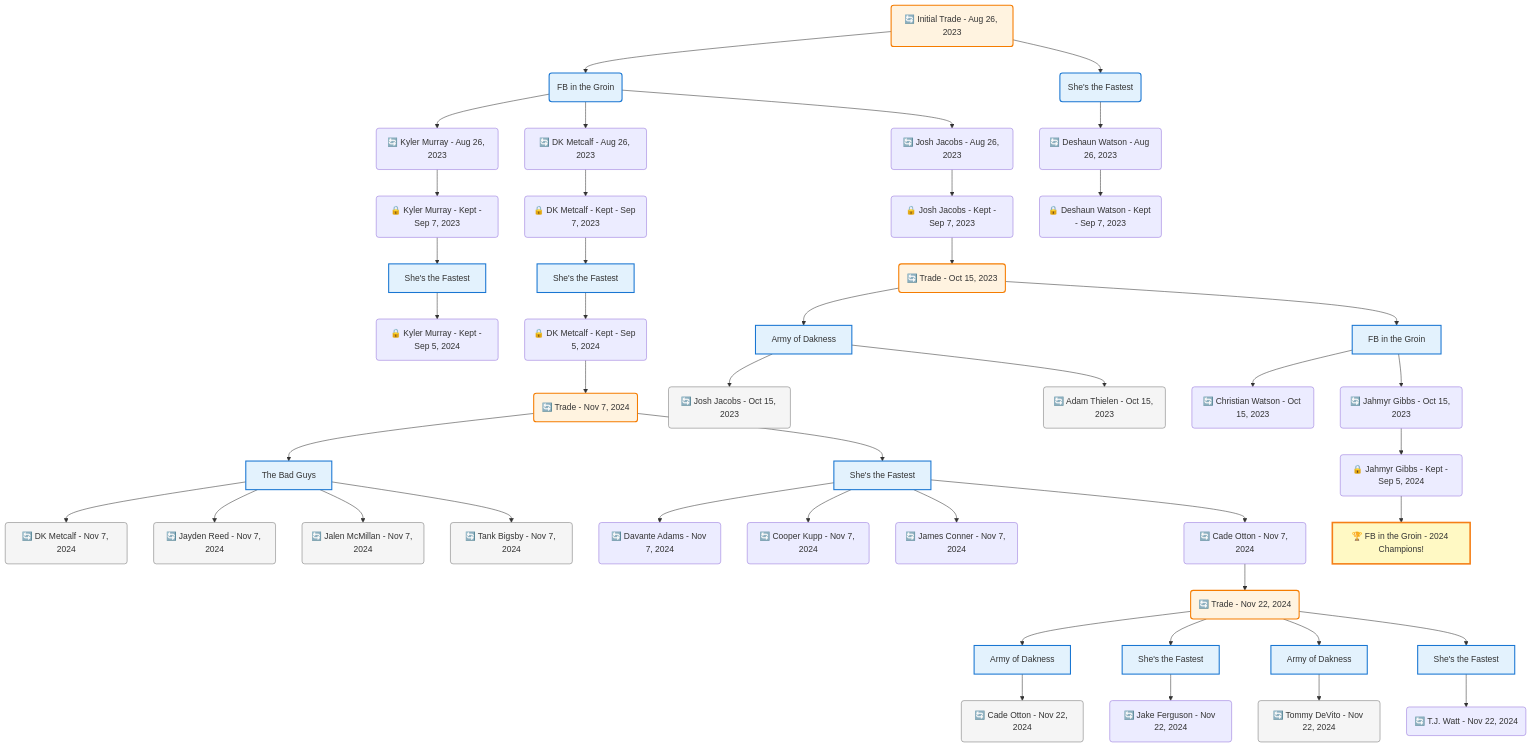
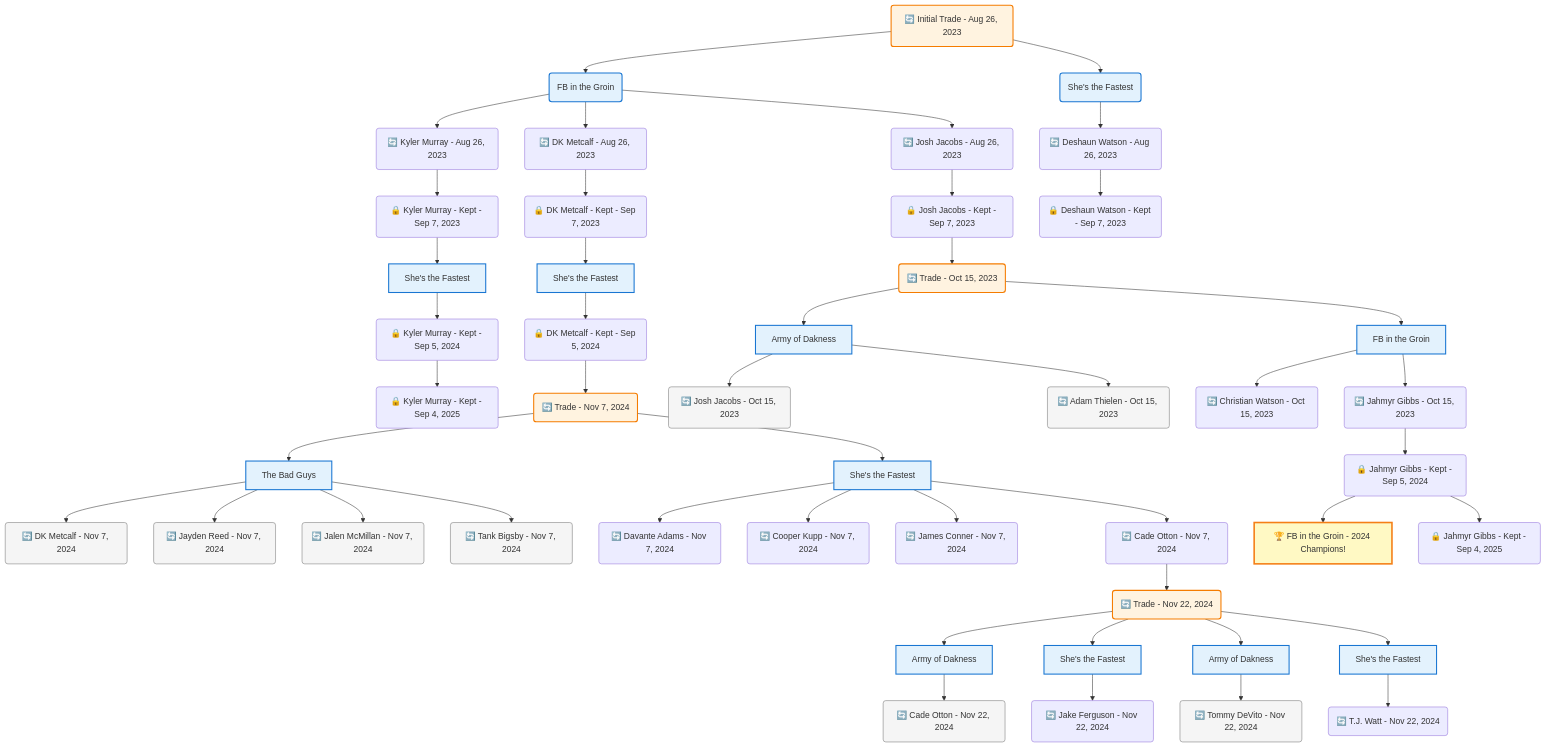
One commit to bsnooks/FantasyArchive changed the diagram in frontend/public/data/trade-trees/mermaid/10f0728c-547e-4a2c-b5c6-cc9deec01d7a.mmd. Above: the diagram before and after it, drawn with Mermaid. The commit also changed 76 other files, not shown here.

```diff
--- a/frontend/public/data/trade-trees/mermaid/10f0728c-547e-4a2c-b5c6-cc9deec01d7a.mmd
+++ b/frontend/public/data/trade-trees/mermaid/10f0728c-547e-4a2c-b5c6-cc9deec01d7a.mmd
@@ -1,104 +1,108 @@
 flowchart TD
 
     TRADE_MAIN("🔄 Initial Trade - Aug 26, 2023")
     TEAM_1("FB in the Groin")
     TEAM_2("She's the Fastest")
     NODE_6e064389-09b8-458e-b46b-337eb7318f14("🔄 Kyler Murray - Aug 26, 2023")
     NODE_13a8e0bc-c6a6-44a8-a7b4-6f81b4878d51("🔒 Kyler Murray - Kept - Sep 7, 2023")
     TEAM_4449259f-64af-44fd-9235-1facc0926234_3["She's the Fastest"]
     NODE_ee9cf354-46a6-4bc2-aa24-ca6eea28e074("🔒 Kyler Murray - Kept - Sep 5, 2024")
+    NODE_b7514040-0e0d-40e5-be1d-f766bf8b124d("🔒 Kyler Murray - Kept - Sep 4, 2025")
     NODE_5fe28168-367e-40ca-a437-33b34cb5a0fb("🔄 Deshaun Watson - Aug 26, 2023")
     NODE_6ab3b14e-3257-4dc5-afa8-9e794b051e4a("🔒 Deshaun Watson - Kept - Sep 7, 2023")
     NODE_ee435169-0602-428f-a779-b37ff53dc088("🔄 DK Metcalf - Aug 26, 2023")
     NODE_5cd35c6d-c0ef-42be-988b-691dc6257305("🔒 DK Metcalf - Kept - Sep 7, 2023")
     TEAM_4449259f-64af-44fd-9235-1facc0926234_4["She's the Fastest"]
     NODE_2d9fad25-9484-41d5-8a78-4635a7f34bc1("🔒 DK Metcalf - Kept - Sep 5, 2024")
     TRADE_f0b59f44-b3c9-4da4-a932-35e737b726f8_5("🔄 Trade - Nov 7, 2024")
     TEAM_b2220d1a-ff75-4622-9757-09978901110f_6["The Bad Guys"]
     NODE_7486b713-436b-4ebb-977f-a5eee3be411f("🔄 DK Metcalf - Nov 7, 2024")
     NODE_3b42a806-e1a5-4804-9033-748803fe5c38("🔄 Jayden Reed - Nov 7, 2024")
     NODE_32b27ada-9ca3-4df8-aa54-cdedae0327d7("🔄 Jalen McMillan - Nov 7, 2024")
     NODE_639ff1b9-3f43-48f5-b518-e62da10b0078("🔄 Tank Bigsby - Nov 7, 2024")
     TEAM_4449259f-64af-44fd-9235-1facc0926234_7["She's the Fastest"]
     NODE_01a06424-c7b2-40d0-a9a6-0bf4476c878d("🔄 Davante Adams - Nov 7, 2024")
     NODE_61b63a42-68ef-4dd1-b255-24d63f7d3db2("🔄 Cooper Kupp - Nov 7, 2024")
     NODE_667ad38f-c2bd-4f79-8981-c251035800f2("🔄 James Conner - Nov 7, 2024")
     NODE_e9079c1a-2a24-4736-b966-f1f288f3723f("🔄 Cade Otton - Nov 7, 2024")
     TRADE_c5f7ffe4-03f4-4934-a180-962c6df2332d_8("🔄 Trade - Nov 22, 2024")
     TEAM_40f7599b-e68f-4bf4-9553-bf7e10924635_9["Army of Dakness"]
     NODE_9cb7f2ea-2dbb-4c0d-8722-31b51e3a2885("🔄 Cade Otton - Nov 22, 2024")
     TEAM_4449259f-64af-44fd-9235-1facc0926234_10["She's the Fastest"]
     NODE_586497a1-618d-4b4e-bde1-24c5150caf78("🔄 Jake Ferguson - Nov 22, 2024")
     TEAM_40f7599b-e68f-4bf4-9553-bf7e10924635_11["Army of Dakness"]
     NODE_bff925fd-413c-4e1b-bd5f-9d54cb007e7c("🔄 Tommy DeVito - Nov 22, 2024")
     TEAM_4449259f-64af-44fd-9235-1facc0926234_12["She's the Fastest"]
     NODE_282e4726-e801-47e6-9874-df90f99fe84c("🔄 T.J. Watt - Nov 22, 2024")
     NODE_1ae3fee8-1da4-42d7-aa35-de49ef042a40("🔄 Josh Jacobs - Aug 26, 2023")
     NODE_c0c599be-6bc8-488c-b2f8-54f8f87b3166("🔒 Josh Jacobs - Kept - Sep 7, 2023")
     TRADE_7ebfd2d8-b68f-4cd2-983c-4eb32d3c591e_13("🔄 Trade - Oct 15, 2023")
     TEAM_40f7599b-e68f-4bf4-9553-bf7e10924635_14["Army of Dakness"]
     NODE_ddfc4e31-e4aa-4050-b1ab-8eea224877ef("🔄 Josh Jacobs - Oct 15, 2023")
     NODE_ec10909e-c348-4aa2-a6d0-184cbd992fb1("🔄 Adam Thielen - Oct 15, 2023")
     TEAM_f483ecf1-cd17-4991-854b-e52dfc957b45_15["FB in the Groin"]
     NODE_c97d5ea7-3f41-4d0c-9ef5-f03daa0b31d3("🔄 Christian Watson - Oct 15, 2023")
     NODE_d00bc519-c621-45b4-a6d5-fc400992378f("🔄 Jahmyr Gibbs - Oct 15, 2023")
     NODE_1ca29f3e-255d-4d72-a377-25823a0c7414("🔒 Jahmyr Gibbs - Kept - Sep 5, 2024")
     CHAMP_f483ecf1-cd17-4991-854b-e52dfc957b45_2024["🏆 FB in the Groin - 2024 Champions!"]
+    NODE_2f581be0-38bd-4ddf-a28a-6be759cc944e("🔒 Jahmyr Gibbs - Kept - Sep 4, 2025")
 
     TRADE_MAIN --> TEAM_1
     TRADE_MAIN --> TEAM_2
     TEAM_1 --> NODE_6e064389-09b8-458e-b46b-337eb7318f14
     NODE_6e064389-09b8-458e-b46b-337eb7318f14 --> NODE_13a8e0bc-c6a6-44a8-a7b4-6f81b4878d51
     NODE_13a8e0bc-c6a6-44a8-a7b4-6f81b4878d51 --> TEAM_4449259f-64af-44fd-9235-1facc0926234_3
     TEAM_4449259f-64af-44fd-9235-1facc0926234_3 --> NODE_ee9cf354-46a6-4bc2-aa24-ca6eea28e074
+    NODE_ee9cf354-46a6-4bc2-aa24-ca6eea28e074 --> NODE_b7514040-0e0d-40e5-be1d-f766bf8b124d
     TEAM_2 --> NODE_5fe28168-367e-40ca-a437-33b34cb5a0fb
     NODE_5fe28168-367e-40ca-a437-33b34cb5a0fb --> NODE_6ab3b14e-3257-4dc5-afa8-9e794b051e4a
     TEAM_1 --> NODE_ee435169-0602-428f-a779-b37ff53dc088
     NODE_ee435169-0602-428f-a779-b37ff53dc088 --> NODE_5cd35c6d-c0ef-42be-988b-691dc6257305
     NODE_5cd35c6d-c0ef-42be-988b-691dc6257305 --> TEAM_4449259f-64af-44fd-9235-1facc0926234_4
     TEAM_4449259f-64af-44fd-9235-1facc0926234_4 --> NODE_2d9fad25-9484-41d5-8a78-4635a7f34bc1
     NODE_2d9fad25-9484-41d5-8a78-4635a7f34bc1 --> TRADE_f0b59f44-b3c9-4da4-a932-35e737b726f8_5
     TRADE_f0b59f44-b3c9-4da4-a932-35e737b726f8_5 --> TEAM_b2220d1a-ff75-4622-9757-09978901110f_6
     TEAM_b2220d1a-ff75-4622-9757-09978901110f_6 --> NODE_7486b713-436b-4ebb-977f-a5eee3be411f
     TEAM_b2220d1a-ff75-4622-9757-09978901110f_6 --> NODE_3b42a806-e1a5-4804-9033-748803fe5c38
     TEAM_b2220d1a-ff75-4622-9757-09978901110f_6 --> NODE_32b27ada-9ca3-4df8-aa54-cdedae0327d7
     TEAM_b2220d1a-ff75-4622-9757-09978901110f_6 --> NODE_639ff1b9-3f43-48f5-b518-e62da10b0078
     TRADE_f0b59f44-b3c9-4da4-a932-35e737b726f8_5 --> TEAM_4449259f-64af-44fd-9235-1facc0926234_7
     TEAM_4449259f-64af-44fd-9235-1facc0926234_7 --> NODE_01a06424-c7b2-40d0-a9a6-0bf4476c878d
     TEAM_4449259f-64af-44fd-9235-1facc0926234_7 --> NODE_61b63a42-68ef-4dd1-b255-24d63f7d3db2
     TEAM_4449259f-64af-44fd-9235-1facc0926234_7 --> NODE_667ad38f-c2bd-4f79-8981-c251035800f2
     TEAM_4449259f-64af-44fd-9235-1facc0926234_7 --> NODE_e9079c1a-2a24-4736-b966-f1f288f3723f
     NODE_e9079c1a-2a24-4736-b966-f1f288f3723f --> TRADE_c5f7ffe4-03f4-4934-a180-962c6df2332d_8
     TRADE_c5f7ffe4-03f4-4934-a180-962c6df2332d_8 --> TEAM_40f7599b-e68f-4bf4-9553-bf7e10924635_9
     TEAM_40f7599b-e68f-4bf4-9553-bf7e10924635_9 --> NODE_9cb7f2ea-2dbb-4c0d-8722-31b51e3a2885
     TRADE_c5f7ffe4-03f4-4934-a180-962c6df2332d_8 --> TEAM_4449259f-64af-44fd-9235-1facc0926234_10
     TEAM_4449259f-64af-44fd-9235-1facc0926234_10 --> NODE_586497a1-618d-4b4e-bde1-24c5150caf78
     TRADE_c5f7ffe4-03f4-4934-a180-962c6df2332d_8 --> TEAM_40f7599b-e68f-4bf4-9553-bf7e10924635_11
     TEAM_40f7599b-e68f-4bf4-9553-bf7e10924635_11 --> NODE_bff925fd-413c-4e1b-bd5f-9d54cb007e7c
     TRADE_c5f7ffe4-03f4-4934-a180-962c6df2332d_8 --> TEAM_4449259f-64af-44fd-9235-1facc0926234_12
     TEAM_4449259f-64af-44fd-9235-1facc0926234_12 --> NODE_282e4726-e801-47e6-9874-df90f99fe84c
     TEAM_1 --> NODE_1ae3fee8-1da4-42d7-aa35-de49ef042a40
     NODE_1ae3fee8-1da4-42d7-aa35-de49ef042a40 --> NODE_c0c599be-6bc8-488c-b2f8-54f8f87b3166
     NODE_c0c599be-6bc8-488c-b2f8-54f8f87b3166 --> TRADE_7ebfd2d8-b68f-4cd2-983c-4eb32d3c591e_13
     TRADE_7ebfd2d8-b68f-4cd2-983c-4eb32d3c591e_13 --> TEAM_40f7599b-e68f-4bf4-9553-bf7e10924635_14
     TEAM_40f7599b-e68f-4bf4-9553-bf7e10924635_14 --> NODE_ddfc4e31-e4aa-4050-b1ab-8eea224877ef
     TEAM_40f7599b-e68f-4bf4-9553-bf7e10924635_14 --> NODE_ec10909e-c348-4aa2-a6d0-184cbd992fb1
     TRADE_7ebfd2d8-b68f-4cd2-983c-4eb32d3c591e_13 --> TEAM_f483ecf1-cd17-4991-854b-e52dfc957b45_15
     TEAM_f483ecf1-cd17-4991-854b-e52dfc957b45_15 --> NODE_c97d5ea7-3f41-4d0c-9ef5-f03daa0b31d3
     TEAM_f483ecf1-cd17-4991-854b-e52dfc957b45_15 --> NODE_d00bc519-c621-45b4-a6d5-fc400992378f
     NODE_d00bc519-c621-45b4-a6d5-fc400992378f --> NODE_1ca29f3e-255d-4d72-a377-25823a0c7414
     NODE_1ca29f3e-255d-4d72-a377-25823a0c7414 --> CHAMP_f483ecf1-cd17-4991-854b-e52dfc957b45_2024
+    NODE_1ca29f3e-255d-4d72-a377-25823a0c7414 --> NODE_2f581be0-38bd-4ddf-a28a-6be759cc944e
 
     %% Node styling
     classDef teamNode fill:#e3f2fd,stroke:#1976d2,stroke-width:2px
     classDef tradeNode fill:#fff3e0,stroke:#f57c00,stroke-width:2px
     classDef playerNode fill:#f3e5f5,stroke:#7b1fa2,stroke-width:1px
     classDef nonRootPlayerNode fill:#f5f5f5,stroke:#757575,stroke-width:1px
     classDef endNode fill:#ffebee,stroke:#c62828,stroke-width:2px
     classDef waiverNode fill:#e8f5e8,stroke:#388e3c,stroke-width:2px
     classDef championshipNode fill:#fff9c4,stroke:#f57f17,stroke-width:3px
 
     class TEAM_1,TEAM_2,TEAM_4449259f-64af-44fd-9235-1facc0926234_3,TEAM_4449259f-64af-44fd-9235-1facc0926234_4,TEAM_b2220d1a-ff75-4622-9757-09978901110f_6,TEAM_4449259f-64af-44fd-9235-1facc0926234_7,TEAM_40f7599b-e68f-4bf4-9553-bf7e10924635_9,TEAM_4449259f-64af-44fd-9235-1facc0926234_10,TEAM_40f7599b-e68f-4bf4-9553-bf7e10924635_11,TEAM_4449259f-64af-44fd-9235-1facc0926234_12,TEAM_40f7599b-e68f-4bf4-9553-bf7e10924635_14,TEAM_f483ecf1-cd17-4991-854b-e52dfc957b45_15 teamNode
     class CHAMP_f483ecf1-cd17-4991-854b-e52dfc957b45_2024 championshipNode
     class NODE_7486b713-436b-4ebb-977f-a5eee3be411f,NODE_3b42a806-e1a5-4804-9033-748803fe5c38,NODE_32b27ada-9ca3-4df8-aa54-cdedae0327d7,NODE_639ff1b9-3f43-48f5-b518-e62da10b0078,NODE_9cb7f2ea-2dbb-4c0d-8722-31b51e3a2885,NODE_bff925fd-413c-4e1b-bd5f-9d54cb007e7c,NODE_ddfc4e31-e4aa-4050-b1ab-8eea224877ef,NODE_ec10909e-c348-4aa2-a6d0-184cbd992fb1 nonRootPlayerNode
     class TRADE_MAIN,TRADE_f0b59f44-b3c9-4da4-a932-35e737b726f8_5,TRADE_c5f7ffe4-03f4-4934-a180-962c6df2332d_8,TRADE_7ebfd2d8-b68f-4cd2-983c-4eb32d3c591e_13 tradeNode
```
